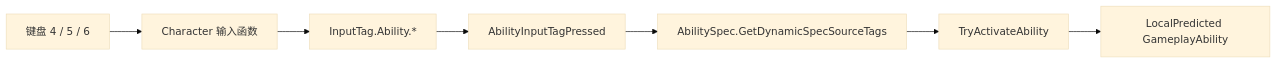
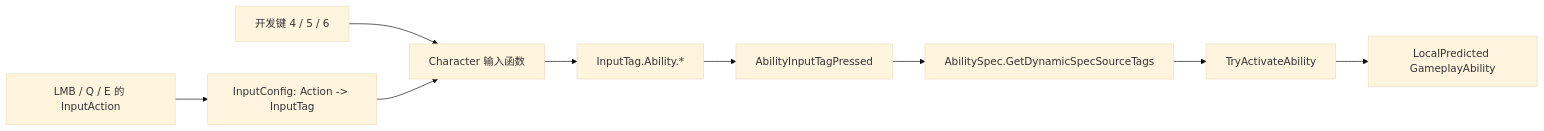
One commit to Asvalith/multiplayer changed the third of 4 diagrams in Docs/GAS_Architecture_Interview_Guide.md. Above: the diagram before and after it, drawn with Mermaid (base theme). The commit also changed other lines of this file and 81 other files, not shown here.

````diff
--- a/Docs/GAS_Architecture_Interview_Guide.md
+++ b/Docs/GAS_Architecture_Interview_Guide.md
@@ -165,9 +344,11 @@
 ```mermaid
 flowchart LR
-    Key["键盘 4 / 5 / 6"] --> Character["Character 输入函数"]
+    Key["LMB / Q / E 的 InputAction"] --> Config["InputConfig: Action -> InputTag"]
+    Debug["开发键 4 / 5 / 6"] --> Character
+    Config --> Character["Character 输入函数"]
     Character --> Tag["InputTag.Ability.*"]
     Tag --> ASC["AbilityInputTagPressed"]
     ASC --> Spec["AbilitySpec.GetDynamicSpecSourceTags"]
     Spec --> Activate["TryActivateAbility"]
     Activate --> GA["LocalPredicted GameplayAbility"]
 ```
````
